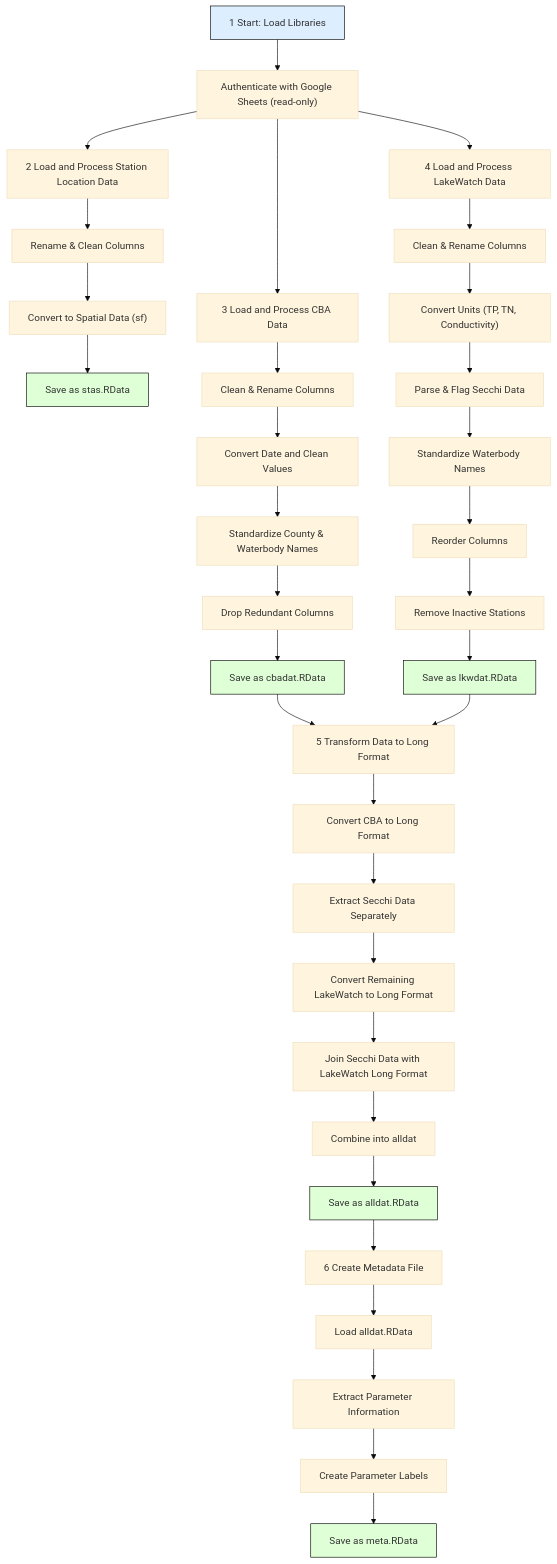
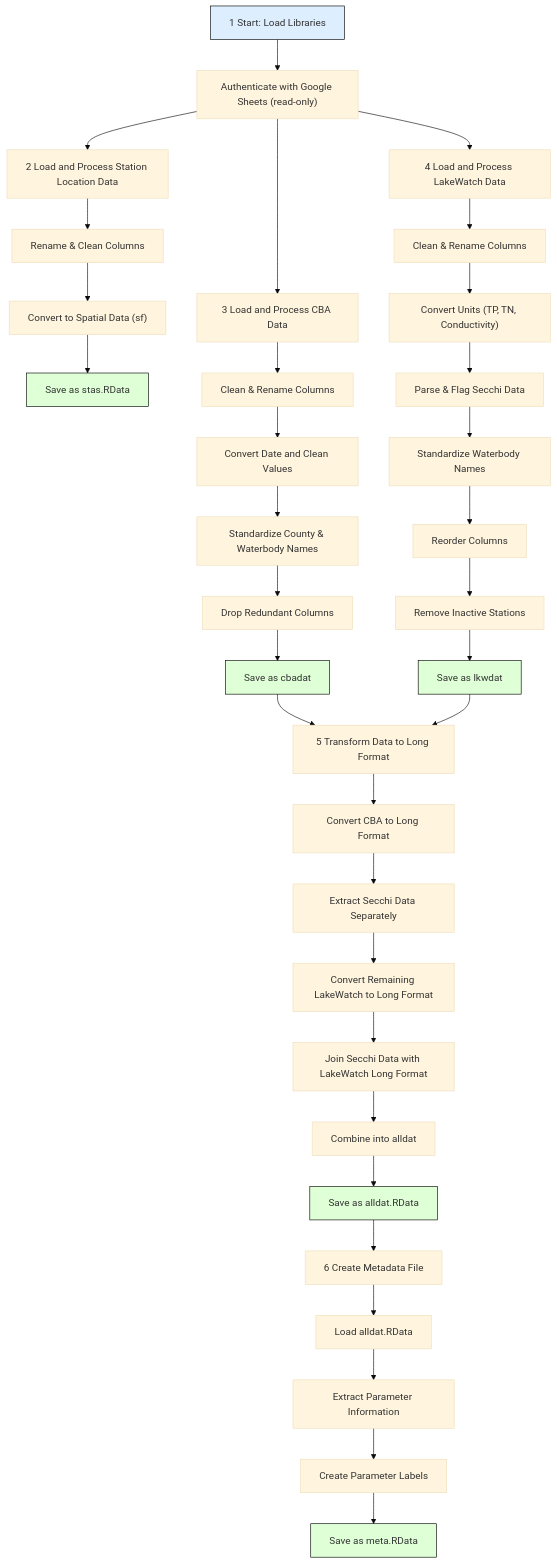
Before and after one commit to choctawhatchee-basin-alliance/wq-dashboard: the diagram in doc/workflow.md, drawn with Mermaid (base theme).

Commit message:
minor mermaid update

````diff
--- a/doc/workflow.md
+++ b/doc/workflow.md
@@ -5,46 +5,46 @@
 ```mermaid
 flowchart TD
   A["1 Start: Load Libraries"] --> B["Authenticate with Google Sheets (read-only)"]
   B --> C["2 Load and Process Station Location Data"]
   C --> D[Rename & Clean Columns]
   D --> E["Convert to Spatial Data (sf)"]
   E --> F[Save as stas.RData]
 
   B --> G["3 Load and Process CBA Data"]
   G --> H[Clean & Rename Columns]
   H --> I[Convert Date and Clean Values]
   I --> J[Standardize County & Waterbody Names]
   J --> K[Drop Redundant Columns]
-  K --> L[Save as cbadat.RData]
+  K --> L[Save as cbadat]
 
   B --> M["4 Load and Process LakeWatch Data"]
   M --> N[Clean & Rename Columns]
   N --> O["Convert Units (TP, TN, Conductivity)"]
   O --> P[Parse & Flag Secchi Data]
   P --> Q[Standardize Waterbody Names]
   Q --> R[Reorder Columns]
   R --> S[Remove Inactive Stations]
-  S --> T[Save as lkwdat.RData]
+  S --> T[Save as lkwdat]
   
   L --> U["5 Transform Data to Long Format"]
   T --> U
   U --> V[Convert CBA to Long Format]
   V --> W[Extract Secchi Data Separately]
   W --> X[Convert Remaining LakeWatch to Long Format]
   X --> Y[Join Secchi Data with LakeWatch Long Format]
   Y --> Z[Combine into alldat]
   Z --> AA[Save as alldat.RData]
   
   AA --> AB["6 Create Metadata File"]
   AB --> AC[Load alldat.RData]
   AC --> AD[Extract Parameter Information]
   AD --> AE[Create Parameter Labels]
   AE --> AF[Save as meta.RData]
 
   style A fill:#DDEEFF,stroke:#000,stroke-width:1px
   style F fill:#DFFFD6,stroke:#000,stroke-width:1px
   style L fill:#DFFFD6,stroke:#000,stroke-width:1px
   style T fill:#DFFFD6,stroke:#000,stroke-width:1px
   style AA fill:#DFFFD6,stroke:#000,stroke-width:1px
   style AF fill:#DFFFD6,stroke:#000,stroke-width:1px
 ```
````
